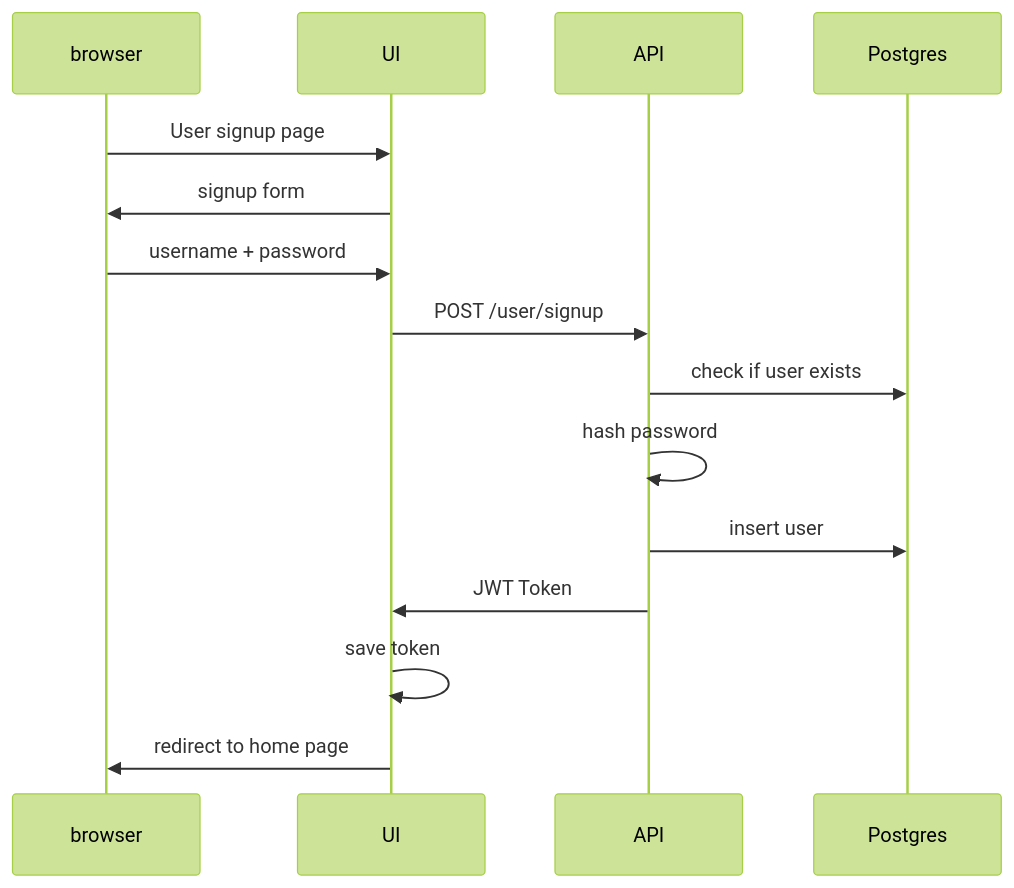
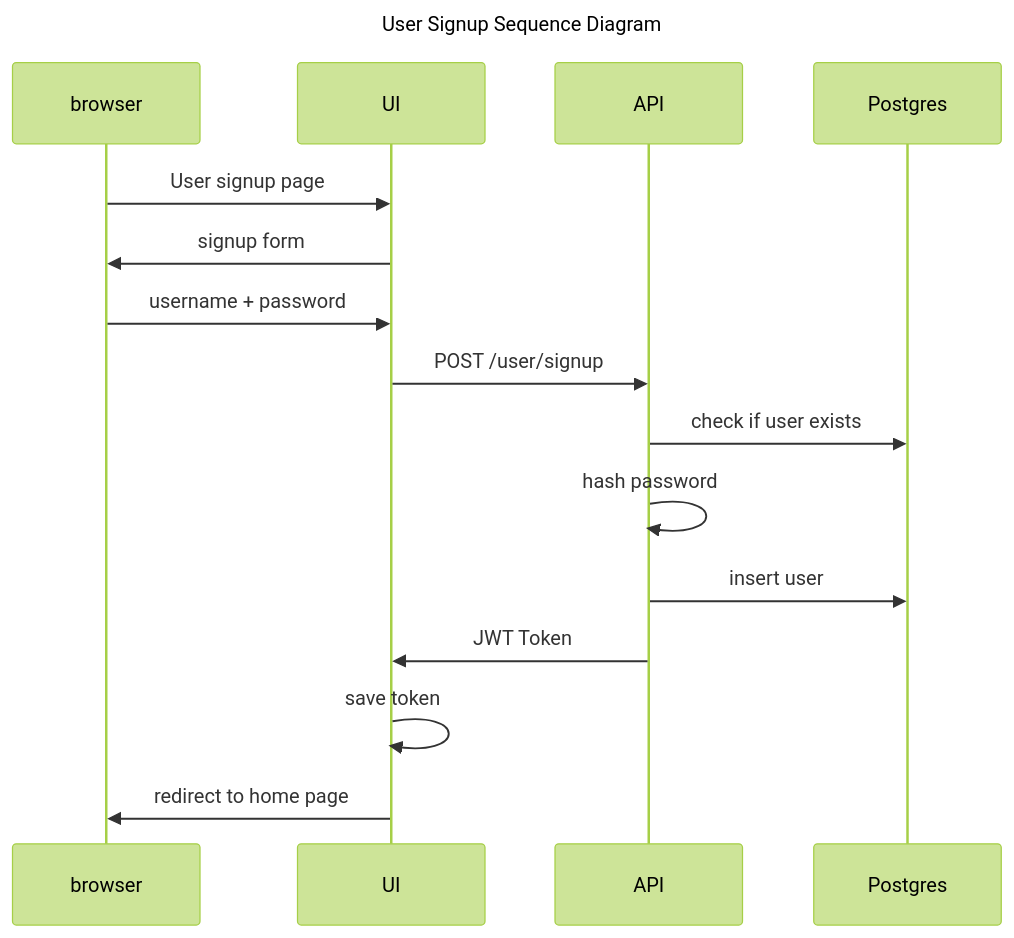
The fifth of 6 diagrams in docs/README.md (tejas0908/EasyScraper), drawn with Mermaid (forest theme) before and after one commit. The commit also changed other lines of this file, not shown here.

Commit message:
sequence diagrams mermaid diagram

````diff
--- a/docs/README.md
+++ b/docs/README.md
@@ -145,18 +145,19 @@
 ```mermaid
 sequenceDiagram
+    title User Signup Sequence Diagram
     participant browser as browser
     participant ui as UI
     participant api as API
     participant db as Postgres
 
     browser ->> ui : User signup page
     ui ->> browser : signup form
     browser ->> ui : username + password
     ui ->> api : POST /user/signup
     api ->> db : check if user exists
     api ->> api : hash password
     api ->> db : insert user
     api ->> ui : JWT Token
     ui ->> ui : save token
     ui ->> browser : redirect to home page
 ```
````
